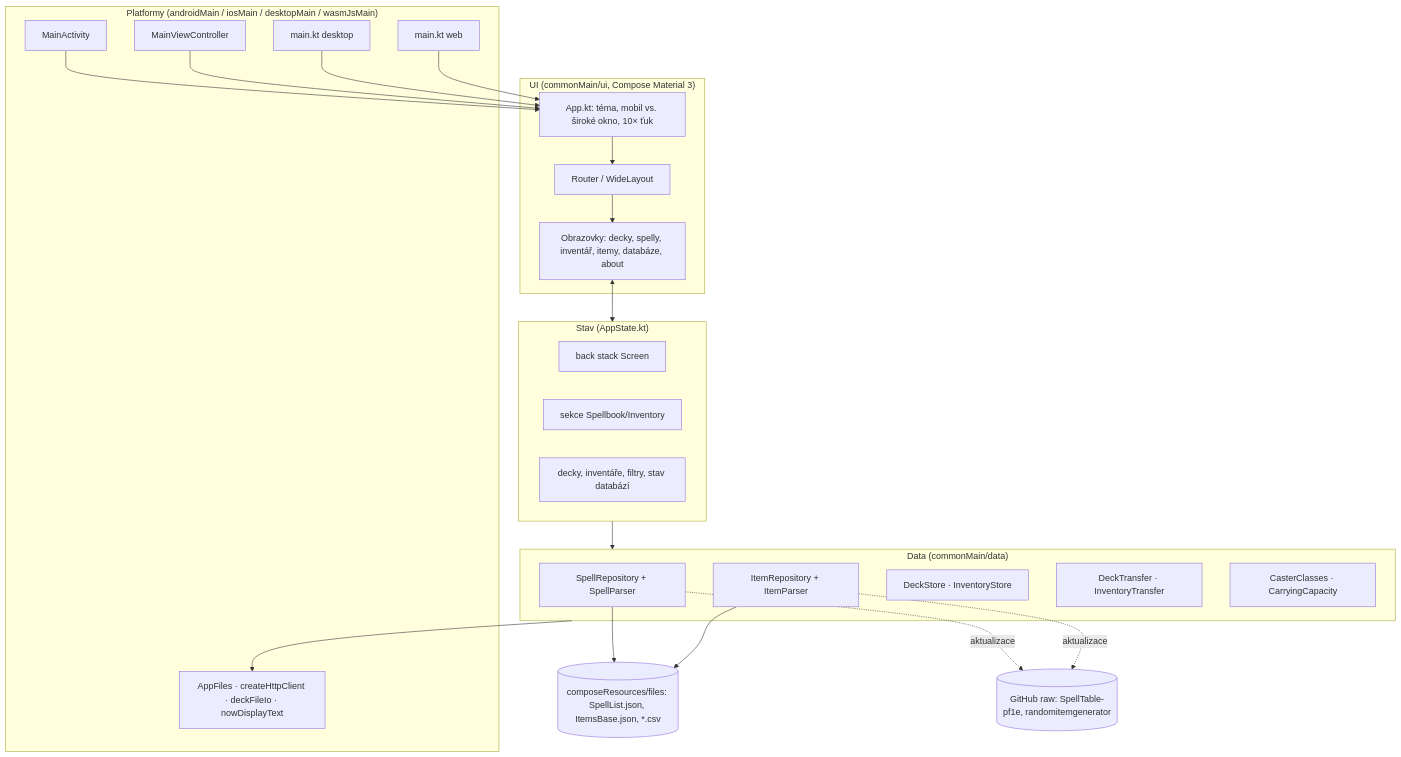
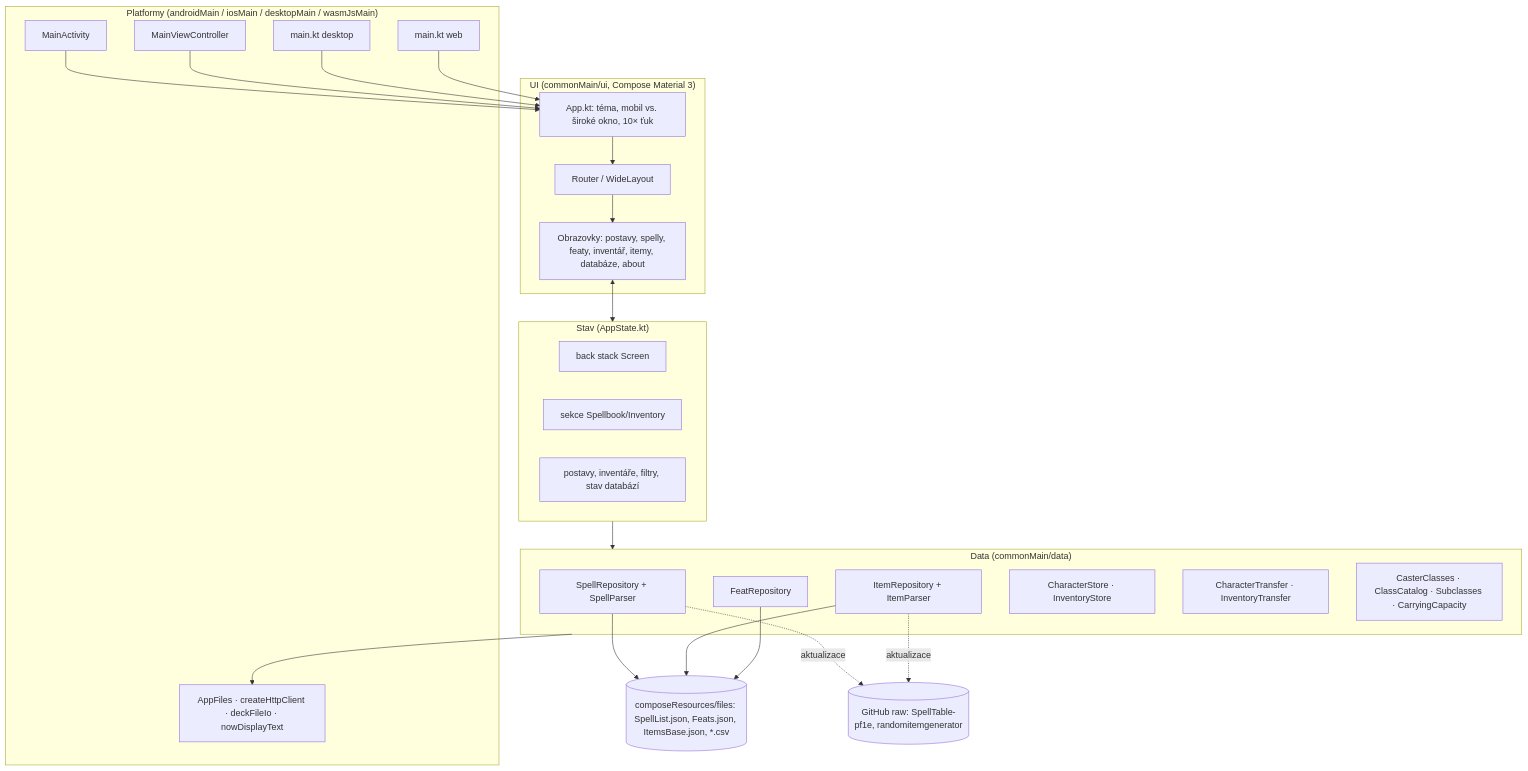
Before and after one commit to DejvHeHe/pathfinder-mobile-app: the diagram in docs/architecture.md, drawn with Mermaid. The commit also changed other lines of this file and 45 other files, not shown here.

````diff
--- a/docs/architecture.md
+++ b/docs/architecture.md
@@ -9,25 +9,25 @@
 ```mermaid
 flowchart TB
   subgraph Platform["Platformy (androidMain / iosMain / desktopMain / wasmJsMain)"]
     MA[MainActivity] & MVC[MainViewController] & MAIN[main.kt desktop] & WEB[main.kt web]
     PF["AppFiles · createHttpClient · deckFileIo · nowDisplayText"]
   end
   subgraph UI["UI (commonMain/ui, Compose Material 3)"]
     APP[App.kt: téma, mobil vs. široké okno, 10× ťuk] --> ROUTER[Router / WideLayout]
-    ROUTER --> SCREENS[Obrazovky: decky, spelly, inventář, itemy, databáze, about]
+    ROUTER --> SCREENS[Obrazovky: postavy, spelly, featy, inventář, itemy, databáze, about]
   end
   subgraph STATE["Stav (AppState.kt)"]
-    NAV[back stack Screen] & SEC[sekce Spellbook/Inventory] & ST[decky, inventáře, filtry, stav databází]
+    NAV[back stack Screen] & SEC[sekce Spellbook/Inventory] & ST[postavy, inventáře, filtry, stav databází]
   end
   subgraph DATA["Data (commonMain/data)"]
-    SR[SpellRepository + SpellParser] & IR[ItemRepository + ItemParser] & STORE[DeckStore · InventoryStore] & TR[DeckTransfer · InventoryTransfer] & RULES[CasterClasses · CarryingCapacity]
+    SR[SpellRepository + SpellParser] & IR[ItemRepository + ItemParser] & FR[FeatRepository] & STORE[CharacterStore · InventoryStore] & TR[CharacterTransfer · InventoryTransfer] & RULES[CasterClasses · ClassCatalog · Subclasses · CarryingCapacity]
   end
-  RES[(composeResources/files: SpellList.json, ItemsBase.json, *.csv)]
+  RES[(composeResources/files: SpellList.json, Feats.json, ItemsBase.json, *.csv)]
   NET[(GitHub raw: SpellTable-pf1e, randomitemgenerator)]
   MA & MVC & MAIN & WEB --> APP
   SCREENS <--> STATE
   STATE --> DATA
-  SR & IR --> RES
+  SR & IR & FR --> RES
   SR & IR -. aktualizace .-> NET
   DATA --> PF
 ```
````
